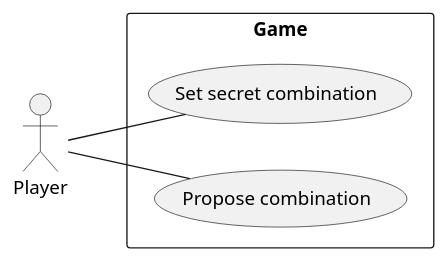
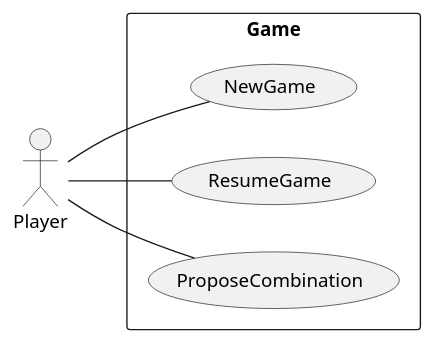
The diagram in docs/1-requeriments/1-actors-use-cases/game.puml (vfred0/mastermind), drawn with PlantUML before and after one commit. The commit also changed 11 other files, not shown here.

```diff
--- a/docs/1-requeriments/1-actors-use-cases/game.puml
+++ b/docs/1-requeriments/1-actors-use-cases/game.puml
@@ -1,9 +1,10 @@
 @startuml
 left to right direction
 actor Player
 
 rectangle "Game" {
-    Player -- (Set secret combination)
-    Player -- (Propose combination)
+    Player -- (NewGame)
+    Player -- (ResumeGame)
+    Player -- (ProposeCombination)
 }
 @enduml
```
